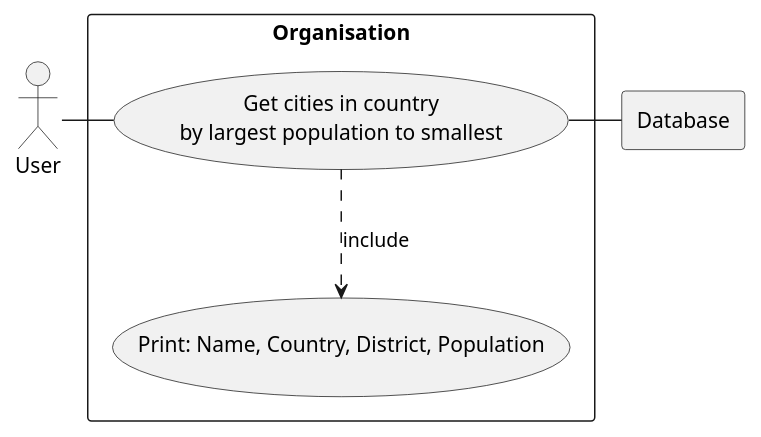
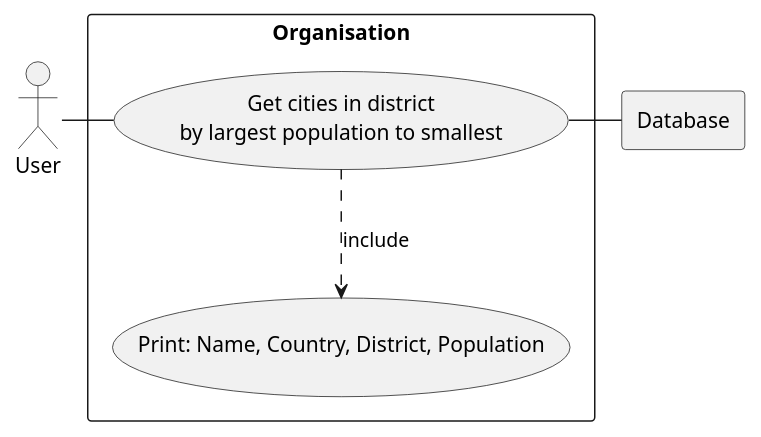
Before and after one commit to scan-lan/Group-Project: the diagram in use-cases/use-case-3.5.puml, drawn with PlantUML. The commit also changed 6 other files, not shown here.

Commit message:
add Use Case Diagrams 4.1-4.5

```diff
--- a/use-cases/use-case-3.5.puml
+++ b/use-cases/use-case-3.5.puml
@@ -1,18 +1,18 @@
 @startuml
 
 
 
 rectangle Database
 
 rectangle "Organisation" {
-    usecase UC1 as "Get cities in country
+    usecase UC1 as "Get cities in district
     by largest population to smallest"
 
     usecase UCa as "Print: Name, Country, District, Population"
 }
     User - UC1
     UC1 ..> UCa : include
     UC1 - Database
 
 
 @enduml
```
